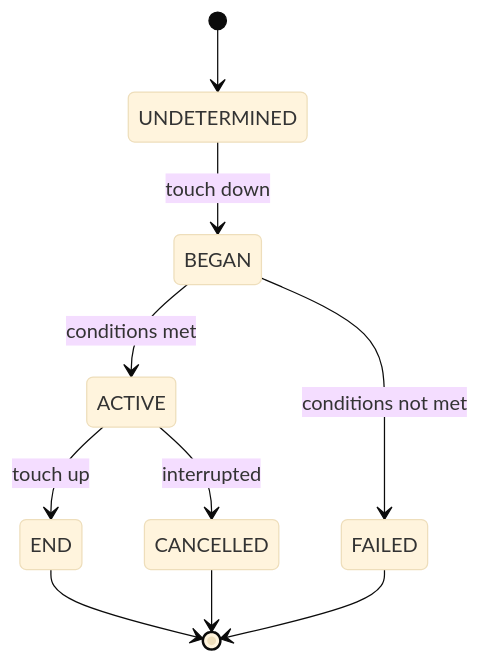
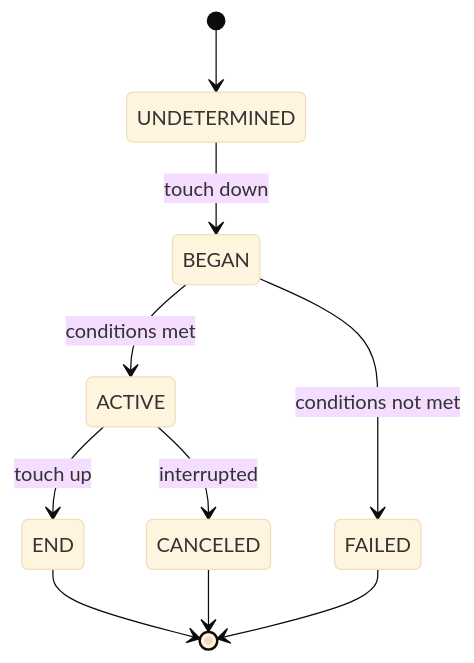
Before and after one commit to dolanmiu/lynx-angular: the diagram in packages/website/docs/guide/gestures/lifecycle.mdx, drawn with Mermaid (base theme). The commit also changed 212 other files, not shown here.

````diff
--- a/packages/website/docs/guide/gestures/lifecycle.mdx
+++ b/packages/website/docs/guide/gestures/lifecycle.mdx
@@ -5,12 +5,12 @@
 ```mermaid
 stateDiagram-v2
     [*] --> UNDETERMINED
     UNDETERMINED --> BEGAN : touch down
     BEGAN --> ACTIVE : conditions met
     BEGAN --> FAILED : conditions not met
     ACTIVE --> END : touch up
-    ACTIVE --> CANCELLED : interrupted
+    ACTIVE --> CANCELED : interrupted
     END --> [*]
     FAILED --> [*]
-    CANCELLED --> [*]
+    CANCELED --> [*]
 ```
````
